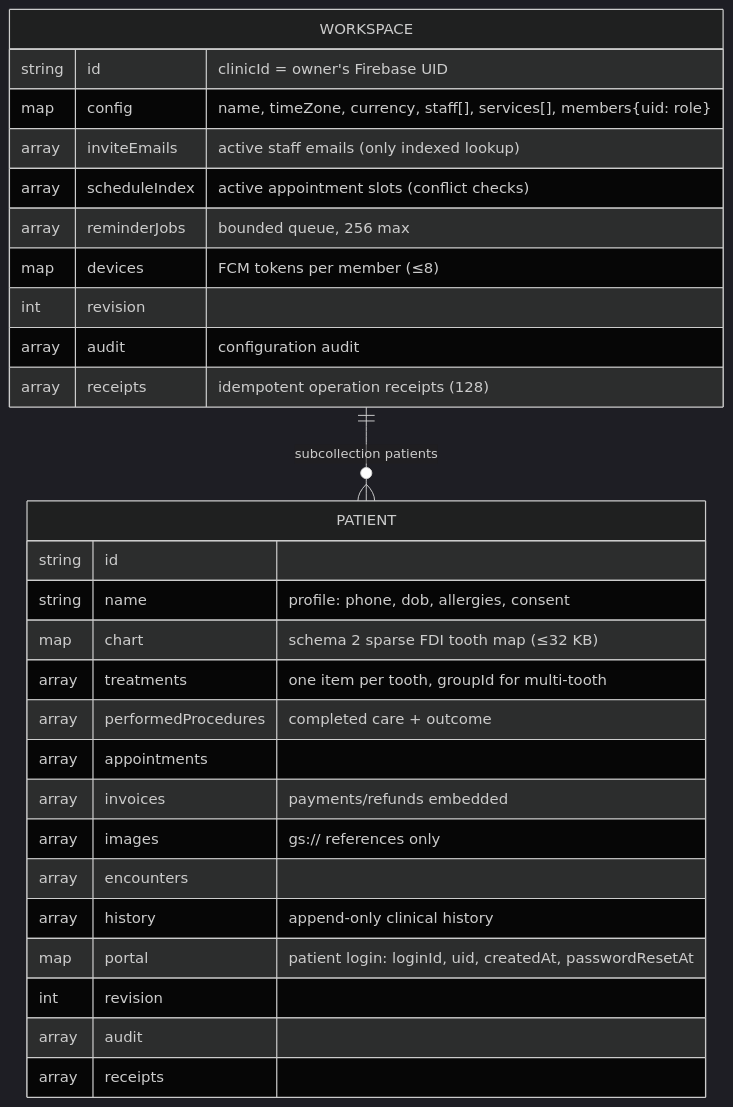
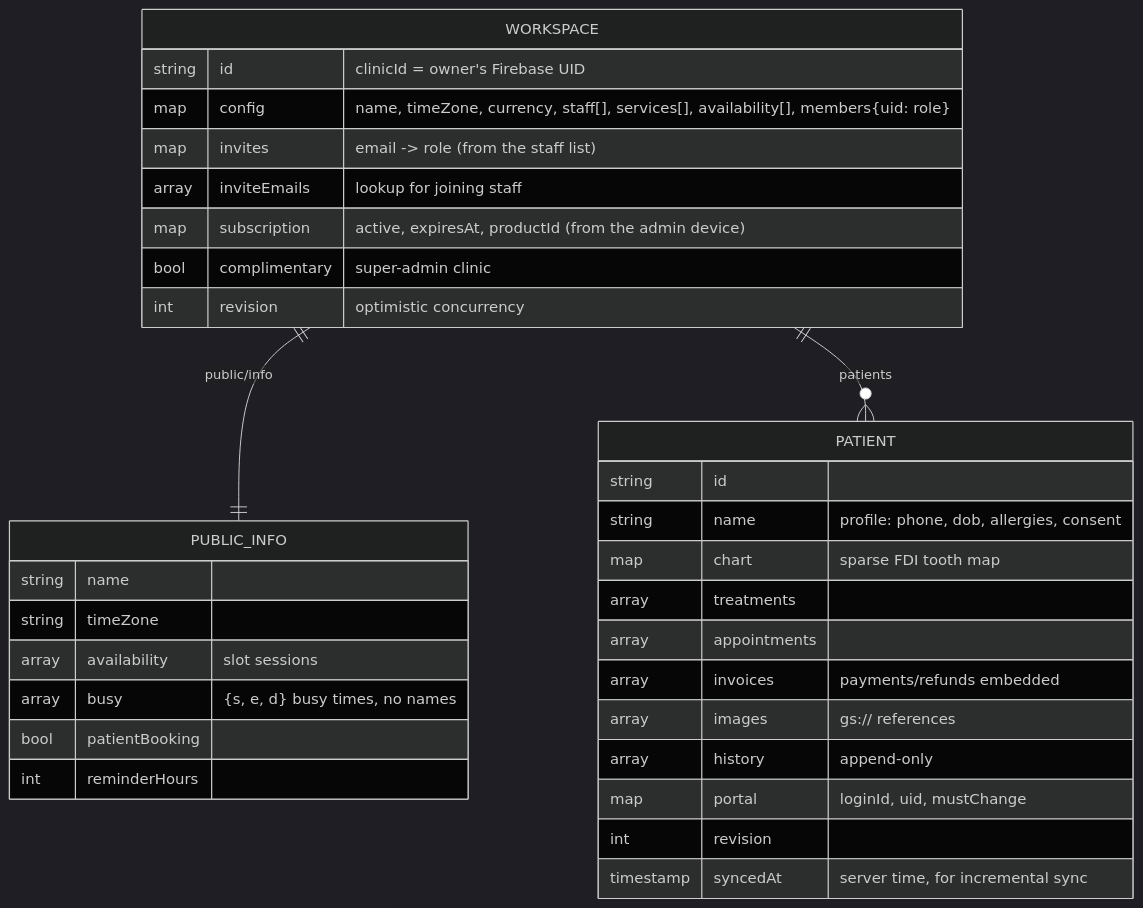
One commit to arifincsebuet/Dental changed the second of 6 diagrams in Docs/firebase_architecture.md. Above: the diagram before and after it, drawn with Mermaid (dark theme). The commit also changed other lines of this file and 30 other files, not shown here.

````diff
--- a/Docs/firebase_architecture.md
+++ b/Docs/firebase_architecture.md
@@ -53,31 +49,35 @@
 ```mermaid
 erDiagram
-  WORKSPACE ||--o{ PATIENT : "subcollection patients"
+  WORKSPACE ||--|| PUBLIC_INFO : "public/info"
+  WORKSPACE ||--o{ PATIENT : "patients"
   WORKSPACE {
     string id "clinicId = owner's Firebase UID"
-    map config "name, timeZone, currency, staff[], services[], members{uid: role}"
-    array inviteEmails "active staff emails (only indexed lookup)"
-    array scheduleIndex "active appointment slots (conflict checks)"
-    array reminderJobs "bounded queue, 256 max"
-    map devices "FCM tokens per member (≤8)"
-    int revision
-    array audit "configuration audit"
-    array receipts "idempotent operation receipts (128)"
+    map config "name, timeZone, currency, staff[], services[], availability[], members{uid: role}"
+    map invites "email -> role (from the staff list)"
+    array inviteEmails "lookup for joining staff"
+    map subscription "active, expiresAt, productId (from the admin device)"
+    bool complimentary "super-admin clinic"
+    int revision "optimistic concurrency"
+  }
+  PUBLIC_INFO {
+    string name
+    string timeZone
+    array availability "slot sessions"
+    array busy "{s, e, d} busy times, no names"
+    bool patientBooking
+    int reminderHours
   }
   PATIENT {
     string id
     string name "profile: phone, dob, allergies, consent"
-    map chart "schema 2 sparse FDI tooth map (≤32 KB)"
-    array treatments "one item per tooth, groupId for multi-tooth"
-    array performedProcedures "completed care + outcome"
+    map chart "sparse FDI tooth map"
+    array treatments
     array appointments
     array invoices "payments/refunds embedded"
-    array images "gs:// references only"
-    array encounters
-    array history "append-only clinical history"
-    map portal "patient login: loginId, uid, createdAt, passwordResetAt"
+    array images "gs:// references"
+    array history "append-only"
+    map portal "loginId, uid, mustChange"
     int revision
-    array audit
-    array receipts
+    timestamp syncedAt "server time, for incremental sync"
   }
 ```
````
